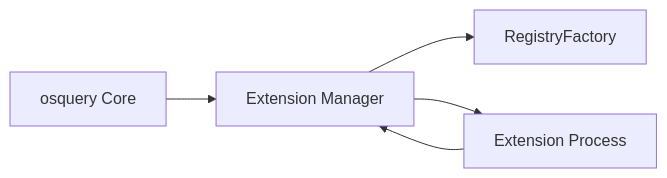
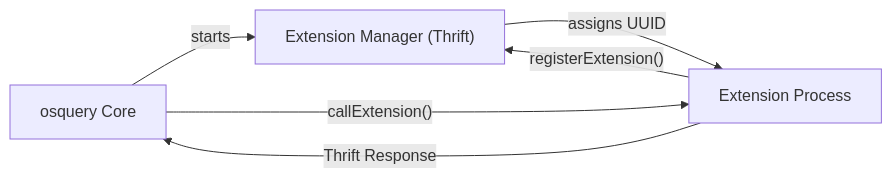
The fifth of 8 diagrams in docs/development/architecture/README.md (flamingo-stack/osquery), drawn with Mermaid before and after one commit. The commit also changed other lines of this file and 388 other files, not shown here.

````diff
--- a/docs/development/architecture/README.md
+++ b/docs/development/architecture/README.md
@@ -175,7 +149,8 @@
 ```mermaid
-graph LR
-    Core["osquery Core"] --> Manager["Extension Manager"]
-    Manager --> Registry["RegistryFactory"]
-    ExtProc["Extension Process"] --> Manager
-    Manager --> ExtProc
+flowchart LR
+    Core["osquery Core"] -->|"starts"| Manager["Extension Manager (Thrift)"]
+    ExtProc["Extension Process"] -->|"registerExtension()"| Manager
+    Manager -->|"assigns UUID"| ExtProc
+    Core -->|"callExtension()"| ExtProc
+    ExtProc -->|"Thrift Response"| Core
 ```
````
